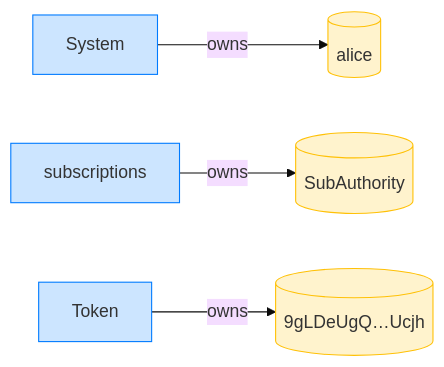
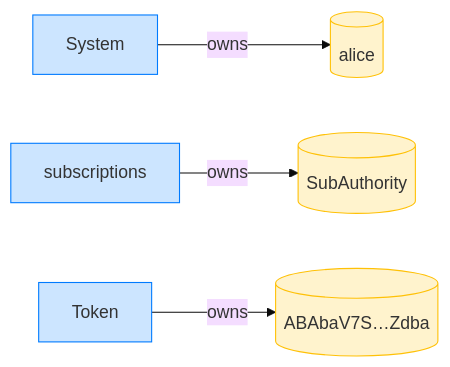
Before and after one commit to cds-rs/subscriptions: the fourth of 12 diagrams in dsl_tests/revoke-a-recurring-delegation-across-versions.md, drawn with Mermaid (base theme). The commit also changed other lines of this file and 224 other files, not shown here.

````diff
--- a/dsl_tests/revoke-a-recurring-delegation-across-versions.md
+++ b/dsl_tests/revoke-a-recurring-delegation-across-versions.md
@@ -71,14 +76,14 @@
 ```mermaid
 flowchart LR
     classDef owner fill:#cce5ff,stroke:#007bff;
     classDef account fill:#fff3cd,stroke:#ffc107;
     System[System]:::owner
     alice[(alice)]:::account
     subscriptions[subscriptions]:::owner
     SubAuthority[(SubAuthority)]:::account
     Token[Token]:::owner
-    9gLDeUgQ_Ucjh[("9gLDeUgQ…Ucjh")]:::account
+    ABAbaV7S_Zdba[("ABAbaV7S…Zdba")]:::account
     System -->|owns| alice
     subscriptions -->|owns| SubAuthority
-    Token -->|owns| 9gLDeUgQ_Ucjh
+    Token -->|owns| ABAbaV7S_Zdba
 ```
````
